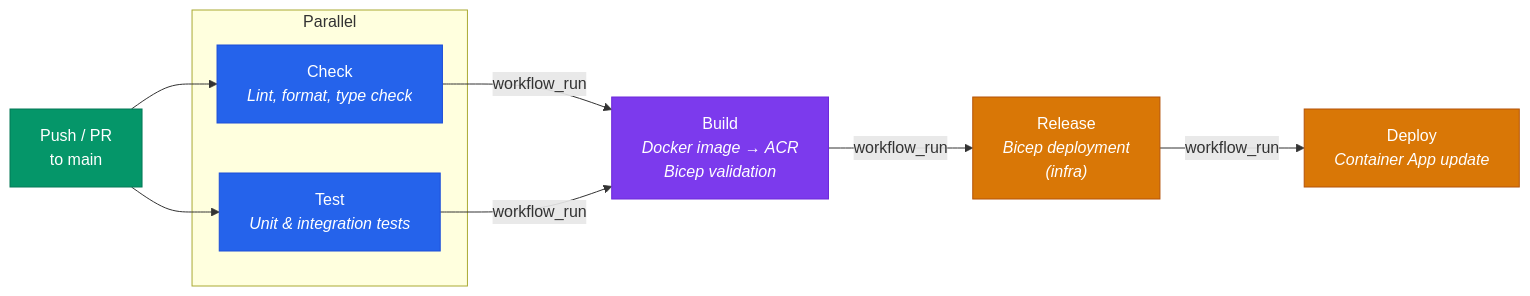
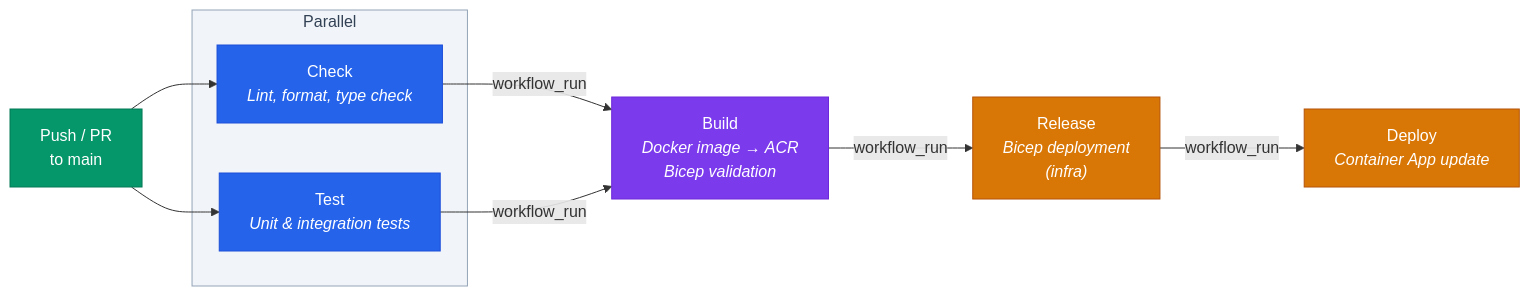
One commit to ljtill/agent-stack changed the fifth of 5 diagrams in docs/ARCHITECTURE.md. Above: the diagram before and after it, drawn with Mermaid. The commit also changed other lines of this file and 1 other file, not shown here.

````diff
--- a/docs/ARCHITECTURE.md
+++ b/docs/ARCHITECTURE.md
@@ -205,23 +216,25 @@
 ```mermaid
 graph LR
     Push["Push / PR<br/>to main"] --> Check & Test
 
     subgraph Parallel["Parallel"]
         Check["Check<br/><i>Lint, format, type check</i>"]
         Test["Test<br/><i>Unit & integration tests</i>"]
     end
 
     Check & Test -->|workflow_run| Build["Build<br/><i>Docker image → ACR<br/>Bicep validation</i>"]
     Build -->|workflow_run| Release["Release<br/><i>Bicep deployment<br/>(infra)</i>"]
     Release -->|workflow_run| Deploy["Deploy<br/><i>Container App update</i>"]
 
     classDef outer fill:#2563eb,stroke:#1d4ed8,color:#fff
     classDef inner fill:#7c3aed,stroke:#6d28d9,color:#fff
     classDef infra fill:#d97706,stroke:#b45309,color:#fff
     classDef human fill:#059669,stroke:#047857,color:#fff
 
     class Push human
     class Check,Test outer
     class Build inner
     class Release,Deploy infra
+
+    style Parallel fill:#f1f5f9,stroke:#94a3b8,color:#334155
 ```
````
